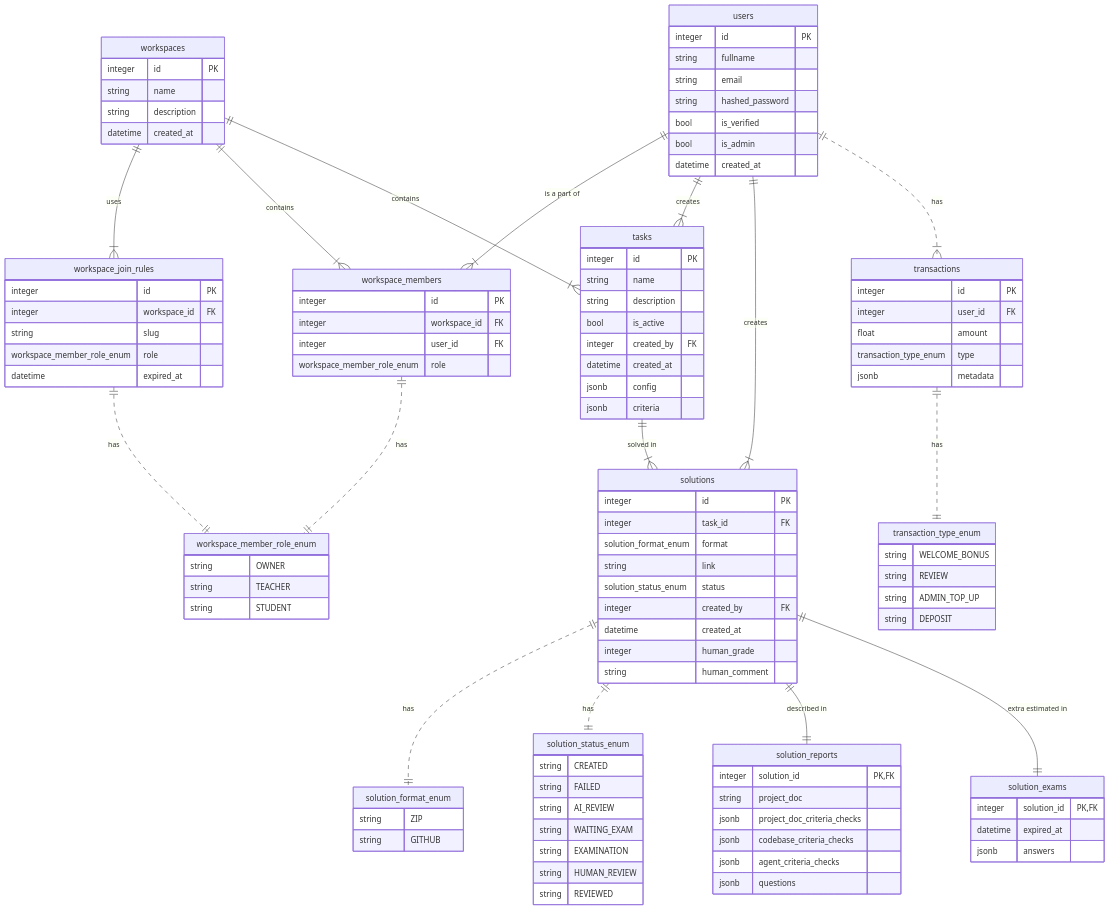
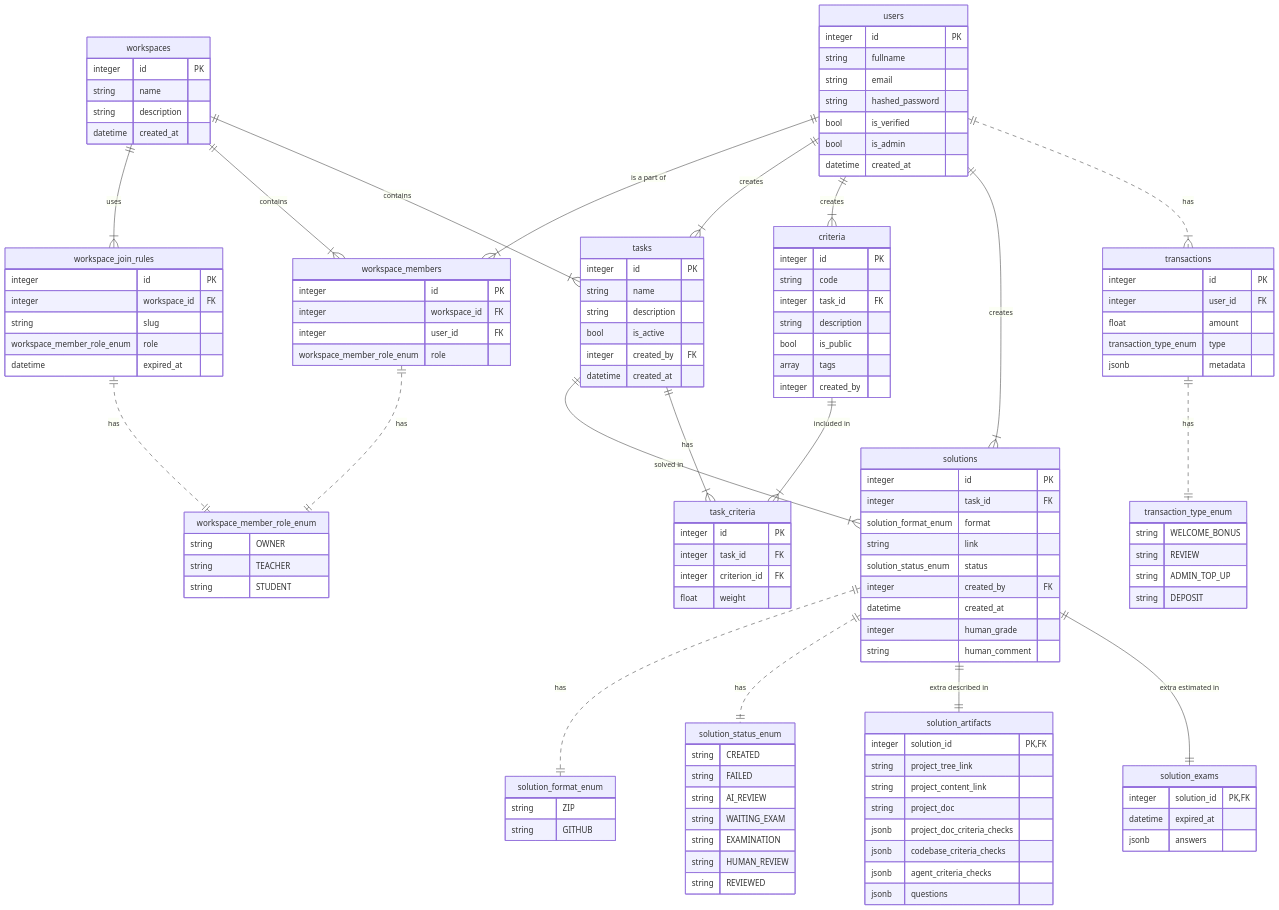
One commit to Daniil-Solo/AIReviewBackend changed the diagram in docs/architecture/data_model.md. Above: the diagram before and after it, drawn with Mermaid. The commit also changed 4 other files, not shown here.

Commit message:
add criteria into data model

```diff
--- a/docs/architecture/data_model.md
+++ b/docs/architecture/data_model.md
@@ -47,11 +47,23 @@
         bool is_active
         integer created_by FK
         datetime created_at
-
-        jsonb config 
-        %% use_linters, use_sast, use_feedback, use_exam
-        jsonb criteria 
-        %% code (fastapi_023), description, weight
+    }
+    
+    criteria {
+        integer id PK
+        string code
+        integer task_id FK
+        string description
+        bool is_public
+        array tags
+        integer created_by
+    }
+    
+    task_criteria {
+        integer id PK
+        integer task_id FK
+        integer criterion_id FK
+        float weight
     }
 
     solutions {
@@ -81,15 +93,21 @@
         string GITHUB
     }
 
-    solution_reports {
+    solution_artifacts {
         integer solution_id PK, FK
+        %% Raw data
+        string project_tree_link
+        string project_content_link
+        %% Project-doc
         string project_doc
-        %% code, comment, confidence, value
+        %% Criteria checks
         jsonb project_doc_criteria_checks
         jsonb codebase_criteria_checks
         jsonb agent_criteria_checks
+        %% code, comment, confidence, value
+        %% Exam questions
+        jsonb questions
         %% code, text
-        jsonb questions
     }
     
     solution_exams {
@@ -122,14 +140,18 @@
     
     workspaces ||--|{ tasks : contains
     users ||--|{ tasks : creates
+    users ||--|{ criteria : creates
 
     users ||--|{ solutions : creates
 
     tasks ||--|{ solutions : "solved in"
     solutions ||..|| solution_format_enum : has
     solutions ||..|| solution_status_enum : has
-    solutions ||--|| solution_reports: "described in"
+    solutions ||--|| solution_artifacts: "extra described in"
     solutions ||--|| solution_exams: "extra estimated in"
+    
+    tasks ||--|{ task_criteria : "has"
+    criteria ||--|{ task_criteria : "included in"
     
     users ||..|{ transactions : has
     transactions ||..|| transaction_type_enum : has
```
